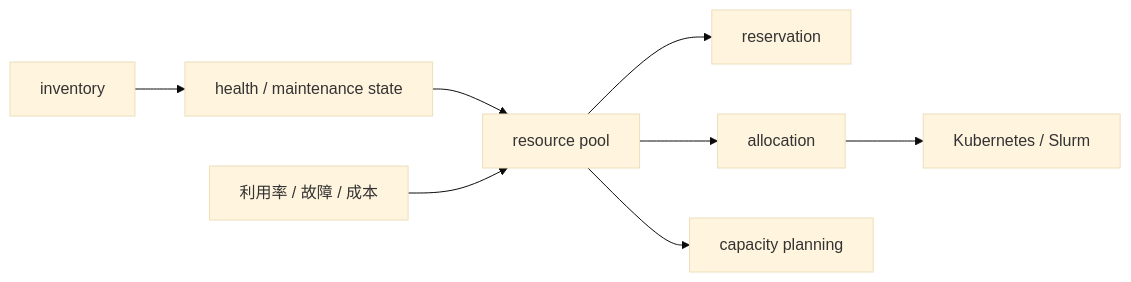
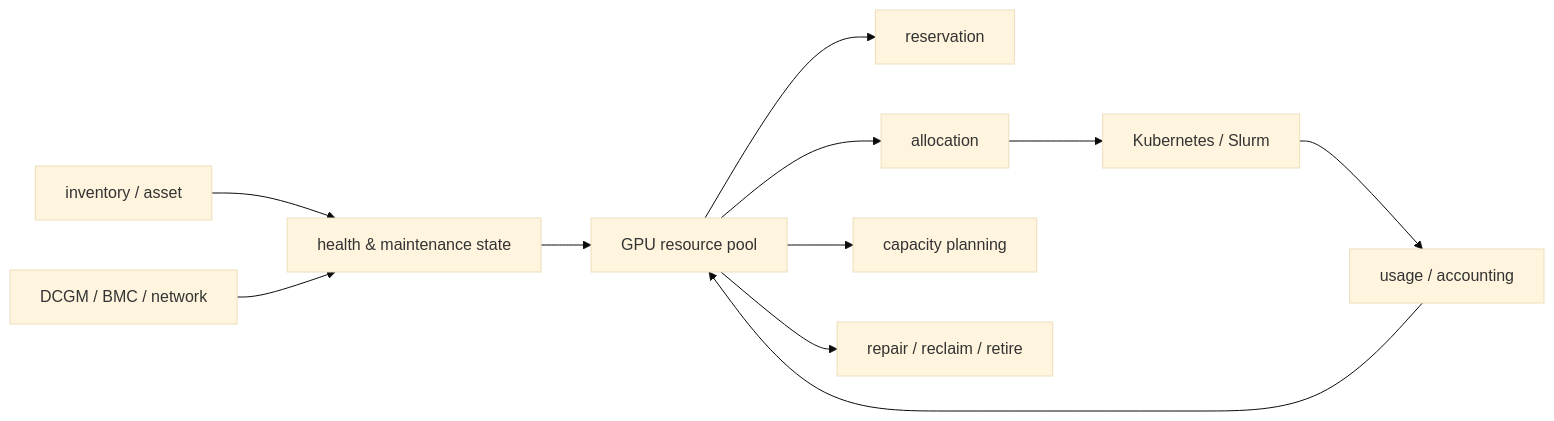
One commit to ikingye/ai-factory-engineering changed the diagram in docs/part-06-gpu-iaas/chapter-28-gpu-resource-pool.md. Above: the diagram before and after it, drawn with Mermaid (base theme). The commit also changed other lines of this file and 3 other files, not shown here.

````diff
--- a/docs/part-06-gpu-iaas/chapter-28-gpu-resource-pool.md
+++ b/docs/part-06-gpu-iaas/chapter-28-gpu-resource-pool.md
@@ -23,9 +49,13 @@
 ```mermaid
 flowchart LR
-  Inventory["inventory"] --> State["health / maintenance state"] --> Pool["resource pool"]
+  Inventory["inventory / asset"] --> State["health & maintenance state"]
+  Telemetry["DCGM / BMC / network"] --> State
+  State --> Pool["GPU resource pool"]
   Pool --> Reservation["reservation"]
   Pool --> Allocation["allocation"]
   Allocation --> Scheduler["Kubernetes / Slurm"]
-  Metrics["利用率 / 故障 / 成本"] --> Pool
+  Scheduler --> Usage["usage / accounting"]
+  Usage --> Pool
   Pool --> Capacity["capacity planning"]
+  Pool --> Ops["repair / reclaim / retire"]
 ```
````
